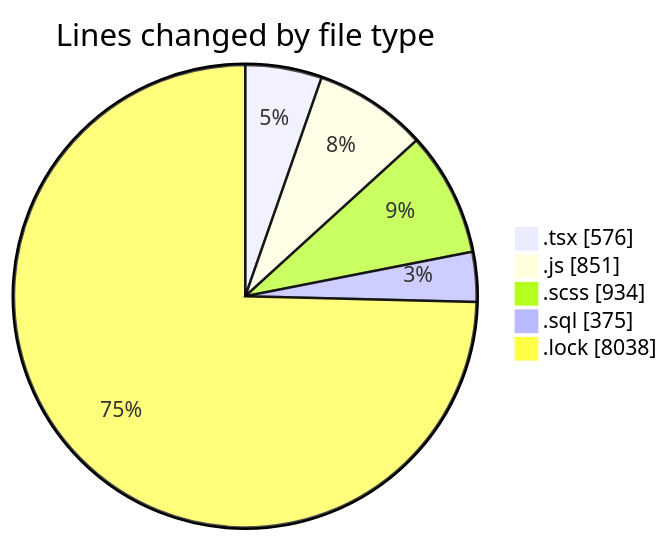
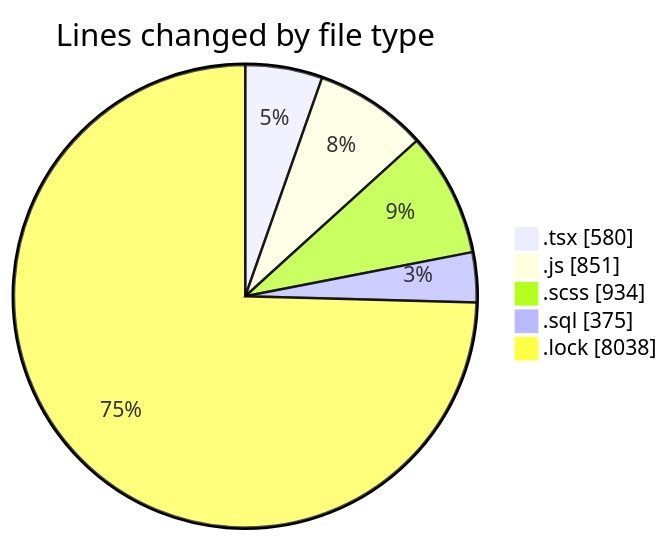
The first of 2 diagrams in 2025-03-18/cda/README.md (momahboobian/code-tracking), drawn with Mermaid before and after one commit. The commit also changed other lines of this file and 1 other file, not shown here.

````diff
--- a/2025-03-18/cda/README.md
+++ b/2025-03-18/cda/README.md
@@ -30,9 +30,9 @@
 ```mermaid
 pie showData
 title Lines changed by file type
-".tsx" : 576
+".tsx" : 580
 ".js" : 851
 ".scss" : 934
 ".sql" : 375
 ".lock" : 8038
 ```
````
